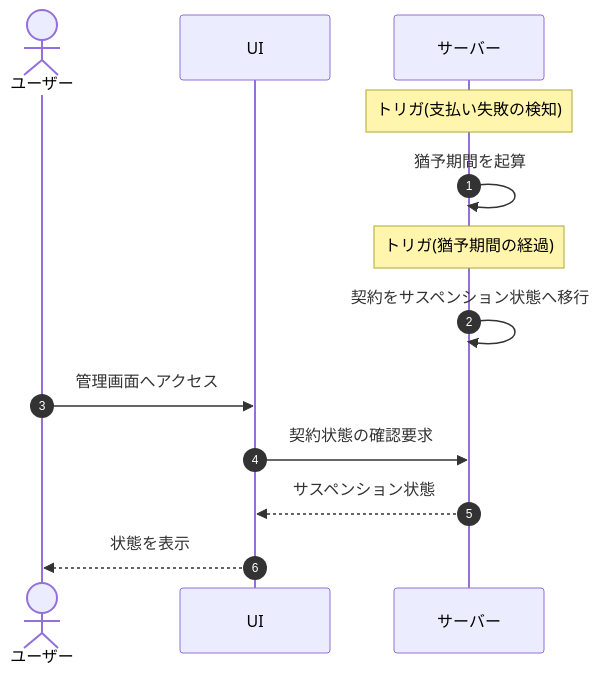
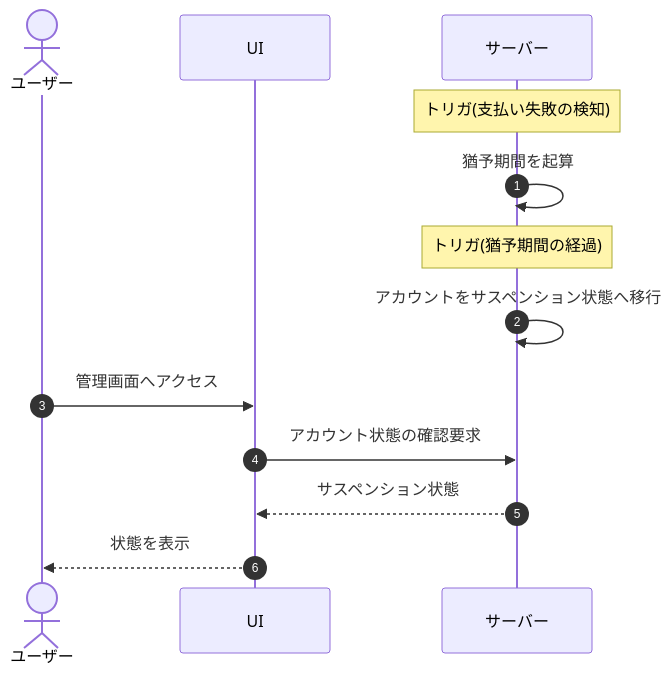
Diagram 11 of 37 in 01_requirements/02_functional_requirement/03_usage-fr.md (sikakou54/open-faq), drawn with Mermaid before and after one commit. The commit also changed other lines of this file and 294 other files, not shown here.

````diff
--- a/01_requirements/02_functional_requirement/03_usage-fr.md
+++ b/01_requirements/02_functional_requirement/03_usage-fr.md
@@ -306,15 +306,15 @@
 ```mermaid
 sequenceDiagram
   autonumber
   actor U as ユーザー
   participant UI as UI
   participant S as サーバー
   Note over S: トリガ(支払い失敗の検知)
   S->>S: 猶予期間を起算
   Note over S: トリガ(猶予期間の経過)
-  S->>S: 契約をサスペンション状態へ移行
+  S->>S: アカウントをサスペンション状態へ移行
   U->>UI: 管理画面へアクセス
-  UI->>S: 契約状態の確認要求
+  UI->>S: アカウント状態の確認要求
   S-->>UI: サスペンション状態
   UI-->>U: 状態を表示
 ```
````
